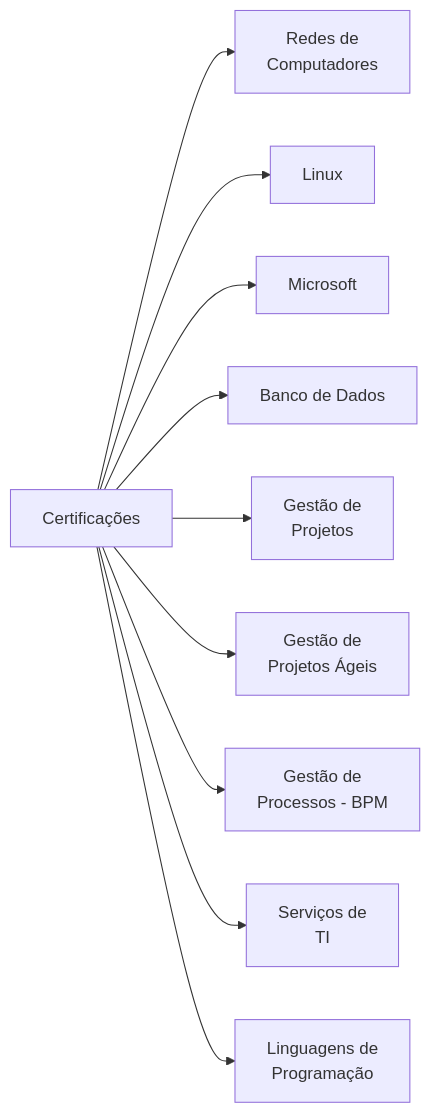
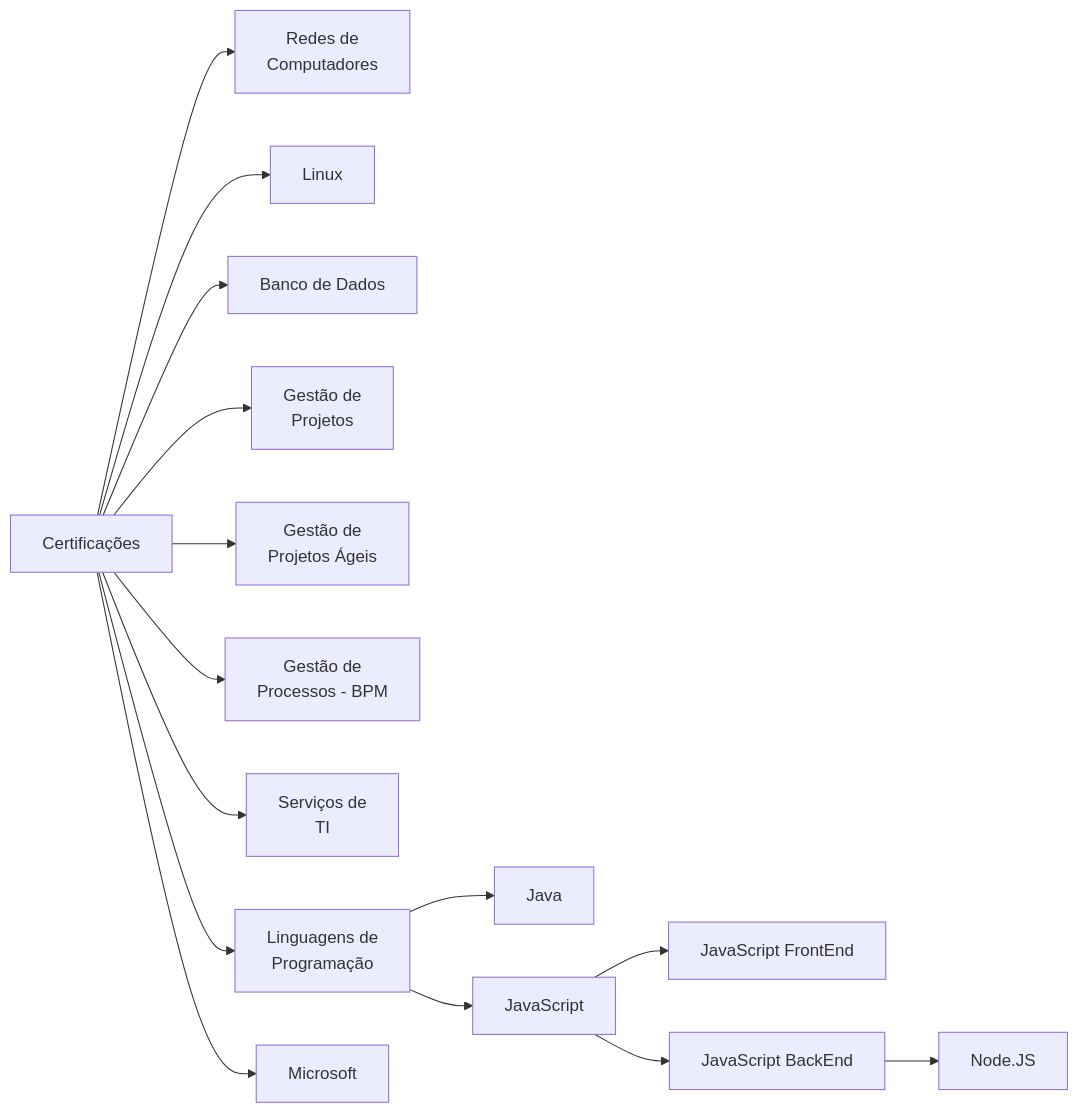
One commit to dnlclaudino/gestao-do-conhecimento changed the fifth of 6 diagrams in README.md. Above: the diagram before and after it, drawn with Mermaid. The commit also changed other lines of this file, not shown here.

````diff
--- a/README.md
+++ b/README.md
@@ -140,12 +140,17 @@
 ```mermaid
 graph LR;
   CERT[Certificações]-->RC[Redes de<br>Computadores];
         CERT-->L[Linux];
-        CERT-->M[Microsoft];
         CERT-->BD[Banco de Dados];
         CERT-->GP[Gestão de<br>Projetos];
         CERT-->GPA[Gestão de<br>Projetos Ágeis];
         CERT-->GS[Gestão de<br>Processos - BPM];
         CERT-->ST[Serviços de<br>TI];
         CERT-->LING[Linguagens de<br>Programação];
+                LING-->JAVA[Java]
+                LING-->JS[JavaScript]
+                       JS-->JSFE[JavaScript FrontEnd]
+                       JS-->JSBE[JavaScript BackEnd]
+                            JSBE-->NJ[Node.JS]
+        CERT-->M[Microsoft];
 ```
````
